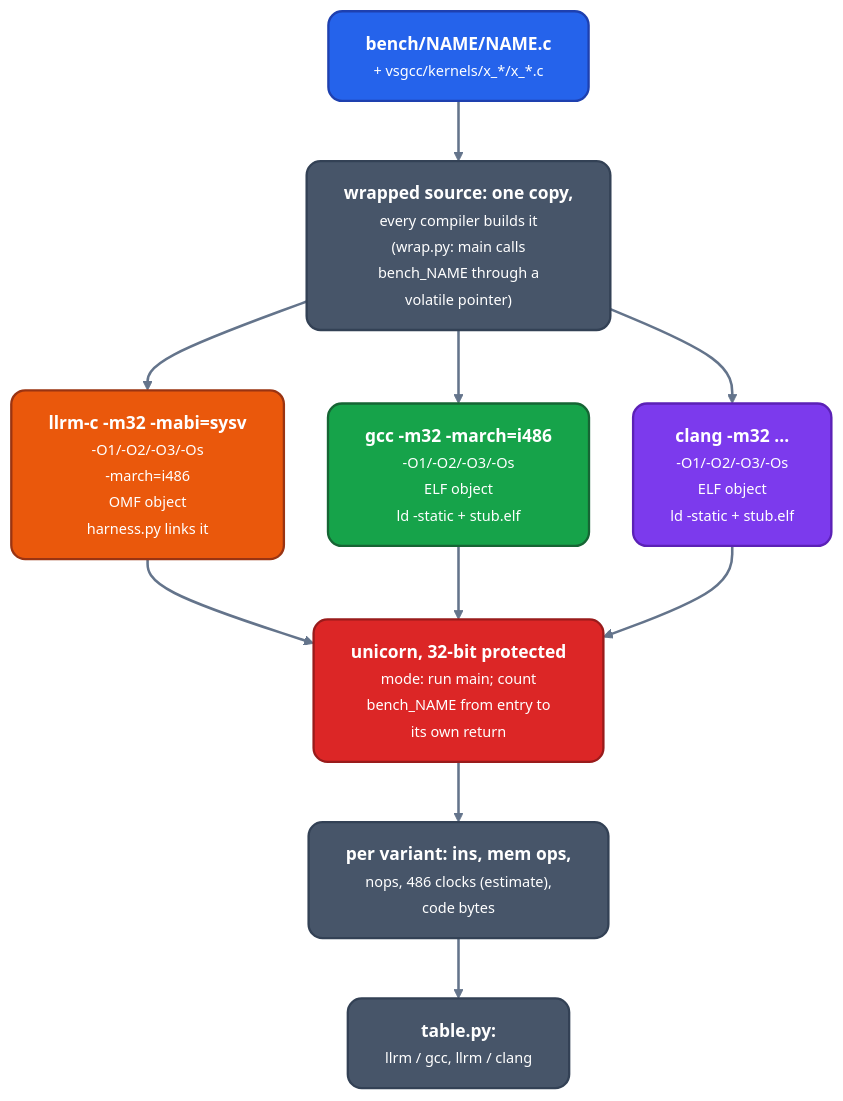
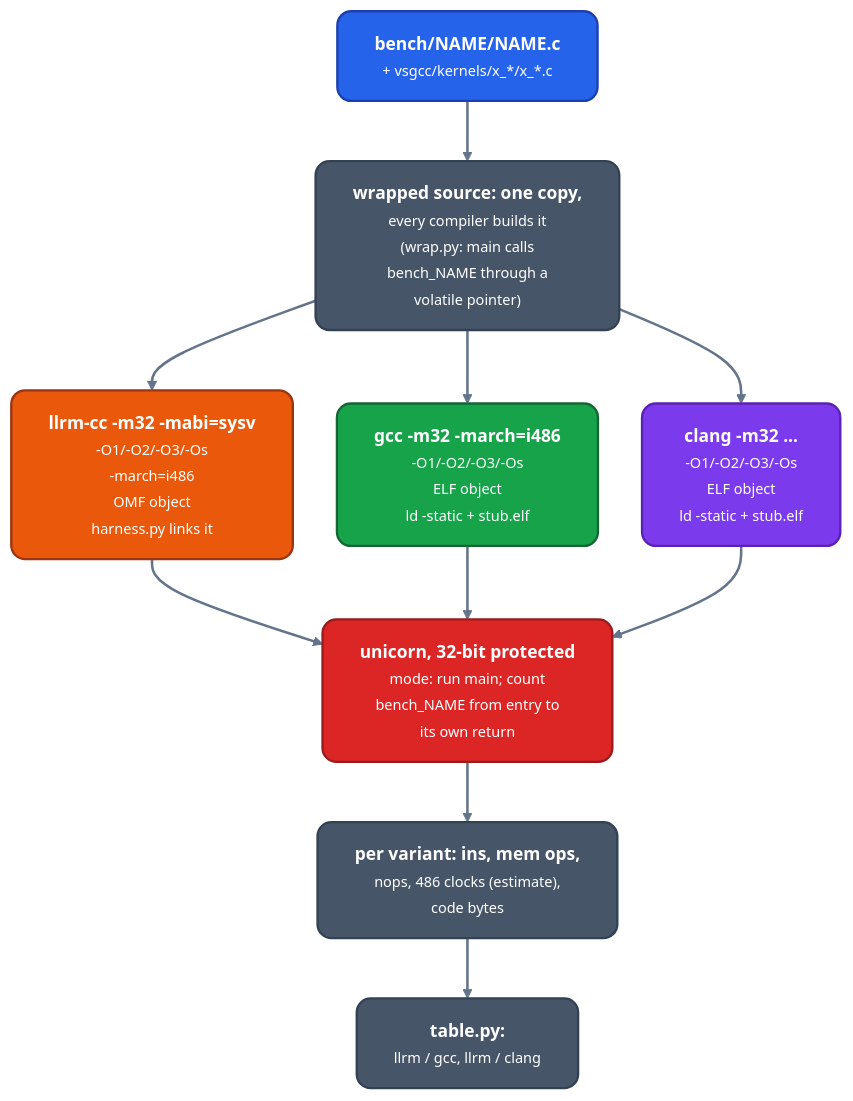
One commit to ali-mosavian/llrm changed the diagram in docs/comparison/vs-gcc-clang.md. Above: the diagram before and after it, drawn with Mermaid. The commit also changed other lines of this file and 411 other files, not shown here.

````diff
--- a/docs/comparison/vs-gcc-clang.md
+++ b/docs/comparison/vs-gcc-clang.md
@@ -9,28 +9,28 @@
 ```mermaid
 %%{init: {'theme':'base','themeVariables':{'fontFamily':'Segoe UI, Helvetica Neue, Arial, DejaVu Sans, sans-serif','fontSize':'15px','primaryColor':'#475569','primaryTextColor':'#ffffff','primaryBorderColor':'#334155','lineColor':'#64748b','secondaryColor':'#475569','tertiaryColor':'transparent','clusterBkg':'transparent','clusterBorder':'#64748b','edgeLabelBackground':'#334155','textColor':'#64748b','titleColor':'#64748b'},'flowchart':{'curve':'basis','nodeSpacing':38,'rankSpacing':52,'padding':16,'wrappingWidth':360,'htmlLabels':true,'useMaxWidth':true}}}%%
 flowchart TB
   classDef src fill:#2563eb,stroke:#1e40af,stroke-width:2px,color:#ffffff,rx:12px,ry:12px
   classDef mid fill:#475569,stroke:#334155,stroke-width:2px,color:#ffffff,rx:12px,ry:12px
   classDef opt fill:#ea580c,stroke:#9a3412,stroke-width:2px,color:#ffffff,rx:12px,ry:12px
   classDef out fill:#16a34a,stroke:#166534,stroke-width:2px,color:#ffffff,rx:12px,ry:12px
   classDef data fill:#7c3aed,stroke:#5b21b6,stroke-width:2px,color:#ffffff,rx:12px,ry:12px
   classDef warn fill:#dc2626,stroke:#991b1b,stroke-width:2px,color:#ffffff,rx:12px,ry:12px
   linkStyle default stroke:#64748b,stroke-width:2.2px
   src["<b>bench/NAME/NAME.c</b><br/><small>+ vsgcc/kernels/x_*/x_*.c</small>"]:::src
   wrap["<b>wrapped source: one copy,</b><br/><small>every compiler builds it<br/>(wrap.py: main calls<br/>bench_NAME through a<br/>volatile pointer)</small>"]:::mid
-  llrm["<b>llrm-c -m32 -mabi=sysv</b><br/><small>-O1/-O2/-O3/-Os<br/>-march=i486<br/>OMF object<br/>harness.py links it</small>"]:::opt
+  llrm["<b>llrm-cc -m32 -mabi=sysv</b><br/><small>-O1/-O2/-O3/-Os<br/>-march=i486<br/>OMF object<br/>harness.py links it</small>"]:::opt
   gcc["<b>gcc -m32 -march=i486</b><br/><small>-O1/-O2/-O3/-Os<br/>ELF object<br/>ld -static + stub.elf</small>"]:::out
   clang["<b>clang -m32 ...</b><br/><small>-O1/-O2/-O3/-Os<br/>ELF object<br/>ld -static + stub.elf</small>"]:::data
   run["<b>unicorn, 32-bit protected</b><br/><small>mode: run main#59; count<br/>bench_NAME from entry to<br/>its own return</small>"]:::warn
   per["<b>per variant: ins, mem ops,</b><br/><small>nops, 486 clocks (estimate),<br/>code bytes</small>"]:::mid
   tab["<b>table.py:</b><br/><small>llrm / gcc, llrm / clang</small>"]:::mid
   src --> wrap
   wrap --> llrm
   wrap --> gcc
   wrap --> clang
   llrm --> run
   gcc --> run
   clang --> run
   run --> per
   per --> tab
 ```
````
